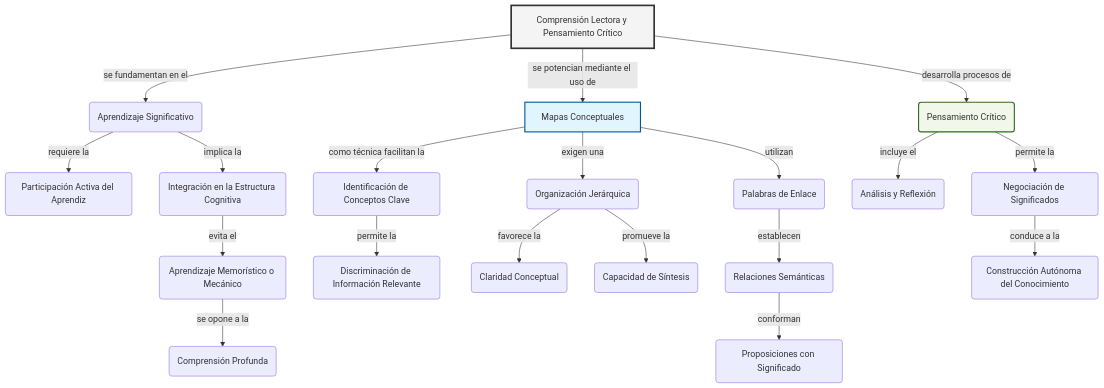
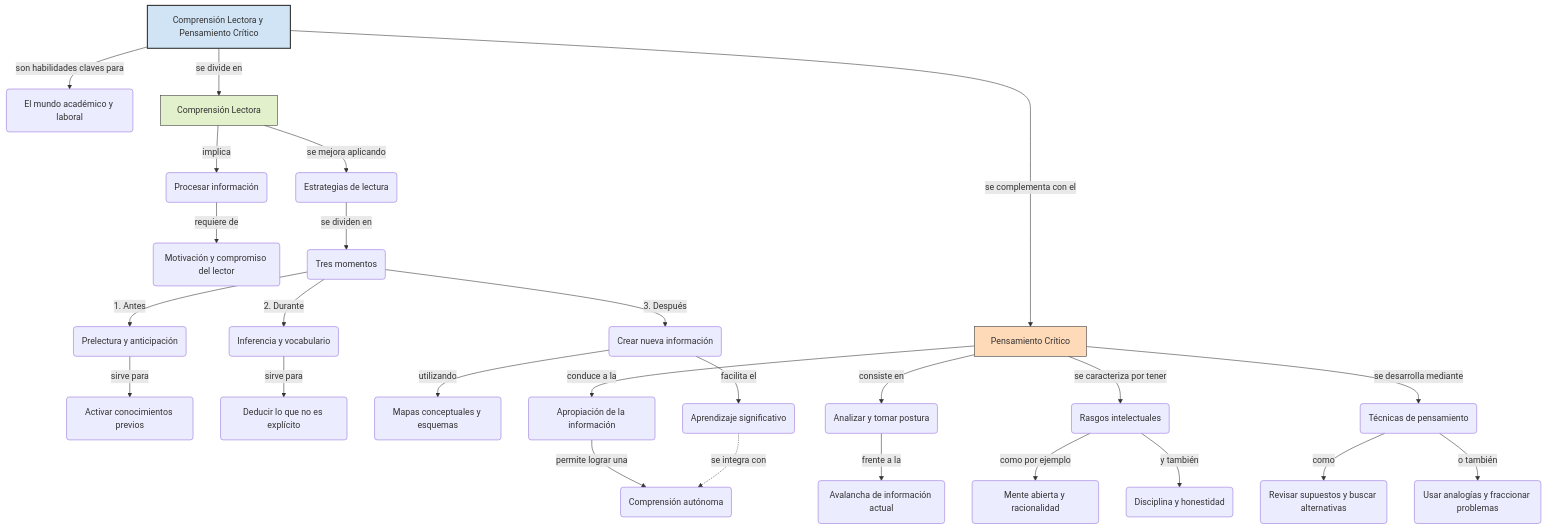
One commit to Dross-web/ForoDiagrama.md changed the diagram in README.md. Above: the diagram before and after it, drawn with Mermaid.

````diff
--- a/README.md
+++ b/README.md
@@ -1,32 +1,43 @@
 ```mermaid
 graph TD
-    A[Comprensión Lectora y Pensamiento Crítico] -- se fundamentan en el --> B(Aprendizaje Significativo)
-    B -- requiere la --> C(Participación Activa del Aprendiz)
-    B -- implica la --> D(Integración en la Estructura Cognitiva)
+    A[Comprensión Lectora y Pensamiento Crítico] -- son habilidades claves para --> B(El mundo académico y laboral)
+    A -- se divide en --> C[Comprensión Lectora]
+    A -- se complementa con el --> D[Pensamiento Crítico]
     
-    A -- se potencian mediante el uso de --> E[Mapas Conceptuales]
+    C -- implica --> E(Procesar información)
+    E -- requiere de --> F(Motivación y compromiso del lector)
+    C -- se mejora aplicando --> G(Estrategias de lectura)
     
-    E -- como técnica facilitan la --> F(Identificación de Conceptos Clave)
-    F -- permite la --> G(Discriminación de Información Relevante)
+    G -- se dividen en --> H(Tres momentos)
+    H -- 1. Antes --> I(Prelectura y anticipación)
+    I -- sirve para --> J(Activar conocimientos previos)
     
-    E -- exigen una --> H(Organización Jerárquica)
-    H -- favorece la --> I(Claridad Conceptual)
-    H -- promueve la --> J(Capacidad de Síntesis)
+    H -- 2. Durante --> K(Inferencia y vocabulario)
+    K -- sirve para --> L(Deducir lo que no es explícito)
     
-    E -- utilizan --> K(Palabras de Enlace)
-    K -- establecen --> L(Relaciones Semánticas)
-    L -- conforman --> M(Proposiciones con Significado)
+    H -- 3. Después --> M(Crear nueva información)
+    M -- utilizando --> N(Mapas conceptuales y esquemas)
+    M -- facilita el --> O(Aprendizaje significativo)
     
-    A -- desarrolla procesos de --> N(Pensamiento Crítico)
-    N -- incluye el --> O(Análisis y Reflexión)
-    N -- permite la --> P(Negociación de Significados)
-    P -- conduce a la --> Q(Construcción Autónoma del Conocimiento)
+    D -- consiste en --> P(Analizar y tomar postura)
+    P -- frente a la --> Q(Avalancha de información actual)
     
-    D -- evita el --> R(Aprendizaje Memorístico o Mecánico)
-    R -- se opone a la --> S(Comprensión Profunda)
+    D -- se caracteriza por tener --> R(Rasgos intelectuales)
+    R -- como por ejemplo --> S(Mente abierta y racionalidad)
+    R -- y también --> T(Disciplina y honestidad)
+    
+    D -- se desarrolla mediante --> U(Técnicas de pensamiento)
+    U -- como --> V(Revisar supuestos y buscar alternativas)
+    U -- o también --> W(Usar analogías y fraccionar problemas)
+    
+    D -- conduce a la --> X(Apropiación de la información)
+    X -- permite lograr una --> Y(Comprensión autónoma)
 
-    %% Estética profesional
-    style A fill:#f4f4f4,stroke:#333,stroke-width:3px
-    style E fill:#e1f5fe,stroke:#01579b,stroke-width:2px
-    style N fill:#f1f8e9,stroke:#33691e,stroke-width:2px
+    %% Conexión entre ambas áreas
+    O -.->|se integra con| Y
+
+    %% Estilos simples y limpios
+    style A fill:#D0E4F5,stroke:#333,stroke-width:2px
+    style C fill:#E2F0CB,stroke:#333
+    style D fill:#FFDAB9,stroke:#333
 ```
````
